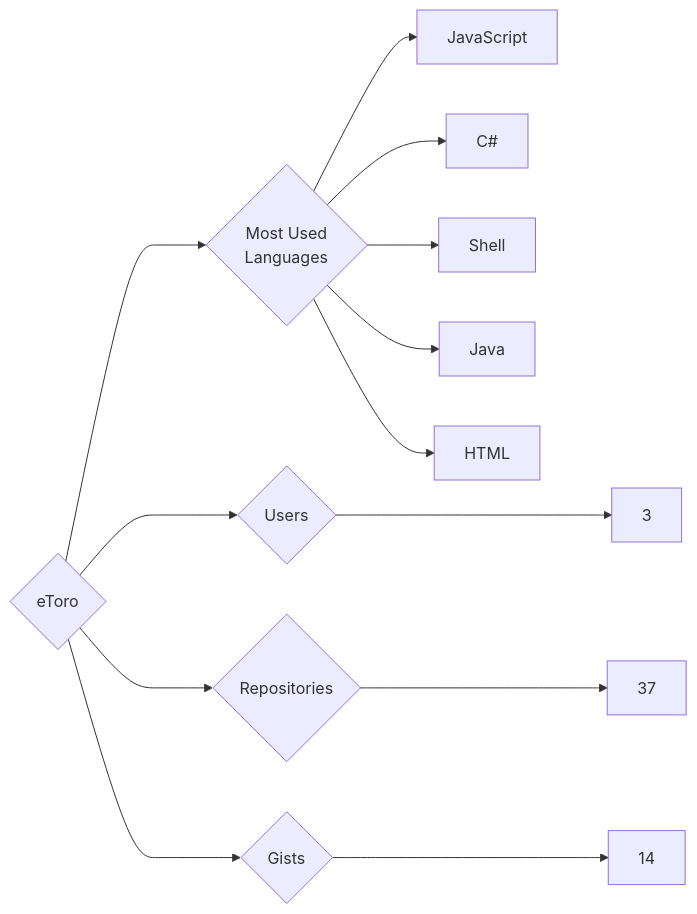
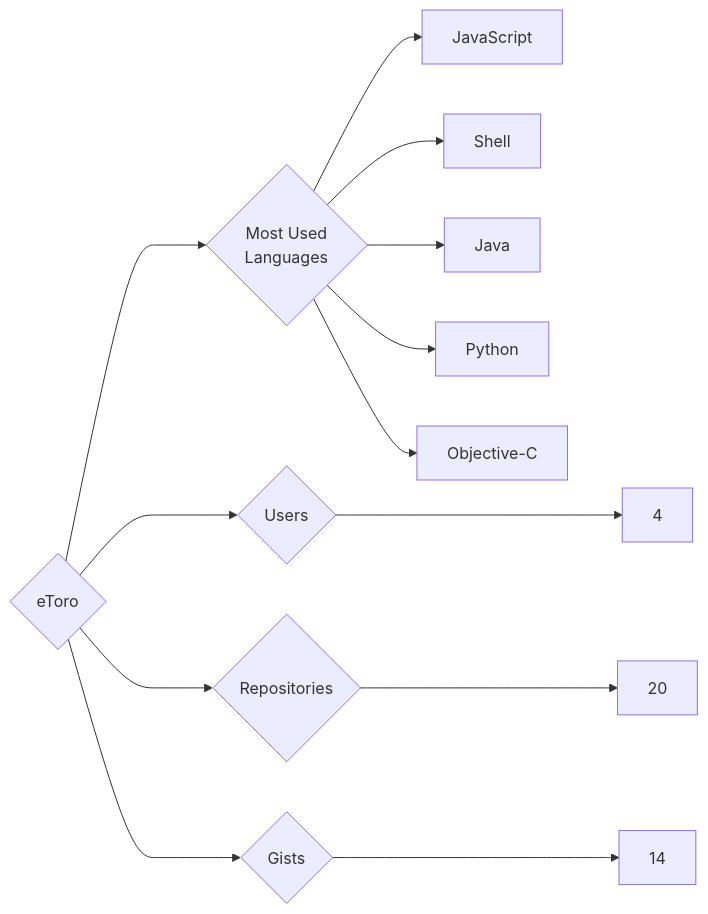
The diagram in targets/eToro/README.md (trickest/insiders), drawn with Mermaid before and after one commit. The commit also changed 776 other files, not shown here.

````diff
--- a/targets/eToro/README.md
+++ b/targets/eToro/README.md
@@ -3,13 +3,13 @@
 ```mermaid
 graph LR
 COMPANY_NAME{eToro}
-COMPANY_NAME ---> U{Users} ---> UN[3]
-COMPANY_NAME ---> R{Repositories} ---> RN[37]
+COMPANY_NAME ---> U{Users} ---> UN[4]
+COMPANY_NAME ---> R{Repositories} ---> RN[20]
 COMPANY_NAME ---> G{Gists} ---> GN[14]
 COMPANY_NAME ---> ML{Most Used<br>Languages}
 ML --> JavaScript[JavaScript]
-ML --> C#[C#]
 ML --> Shell[Shell]
 ML --> Java[Java]
-ML --> HTML[HTML]
+ML --> Python[Python]
+ML --> Objective-C[Objective-C]
 ```
````
